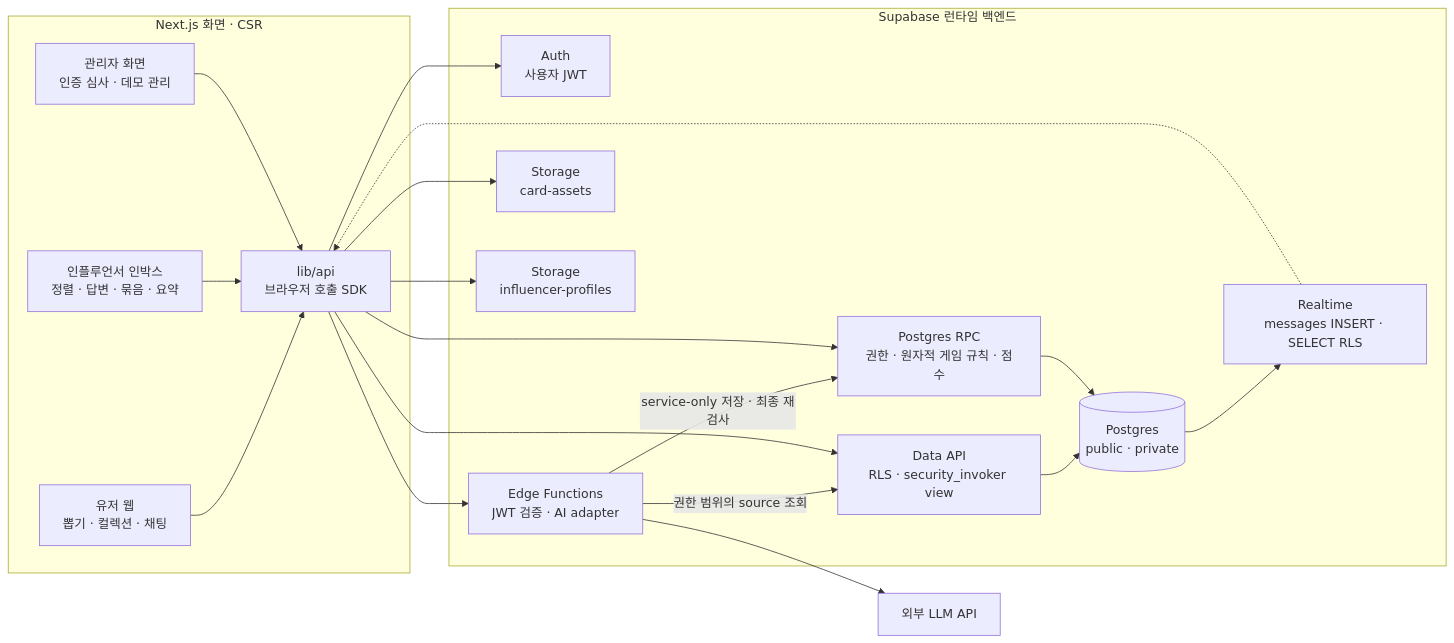
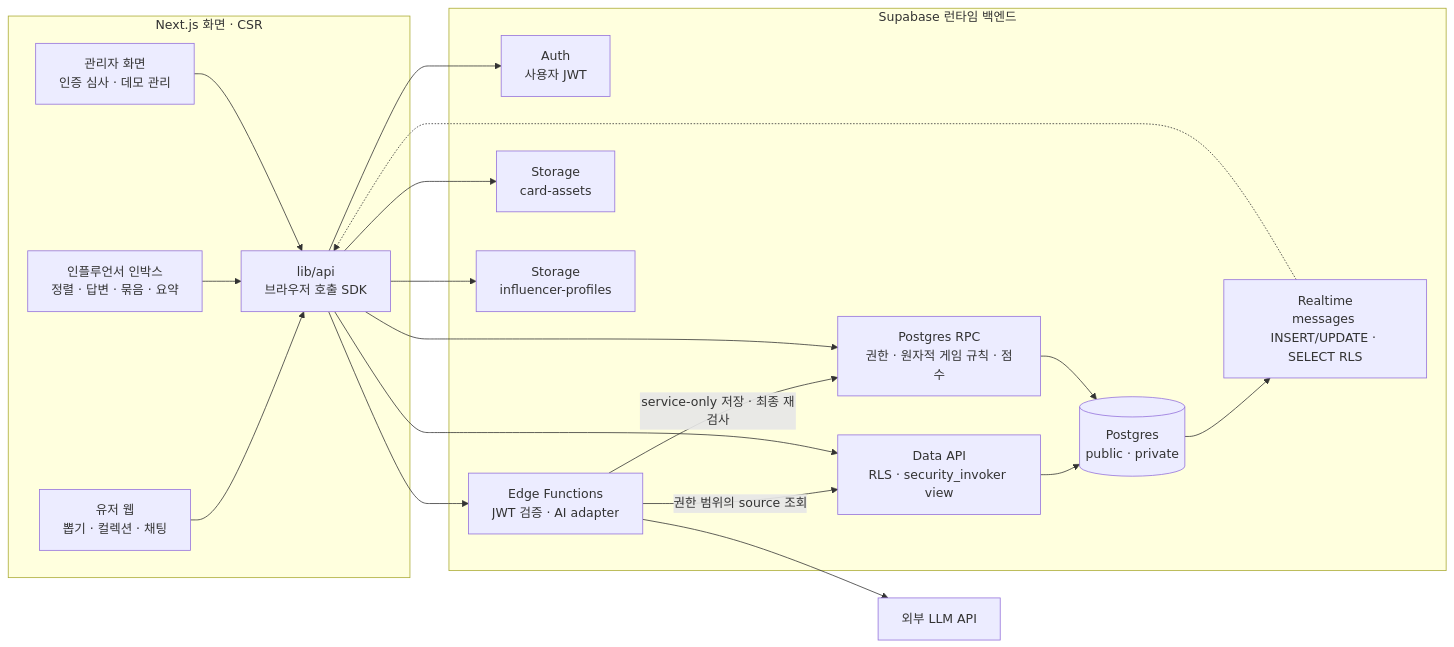
Before and after one commit to moonankim/BirdieBuddy: the diagram in docs/architecture.md, drawn with Mermaid. The commit also changed other lines of this file and 1 other file, not shown here.

````diff
--- a/docs/architecture.md
+++ b/docs/architecture.md
@@ -15,36 +15,36 @@
 ```mermaid
 flowchart LR
   subgraph Client["Next.js 화면 · CSR"]
     U["유저 웹<br/>뽑기 · 컬렉션 · 채팅"]
     I["인플루언서 인박스<br/>정렬 · 답변 · 묶음 · 요약"]
     A["관리자 화면<br/>인증 심사 · 데모 관리"]
     SDK["lib/api<br/>브라우저 호출 SDK"]
     U --> SDK
     I --> SDK
     A --> SDK
   end
   subgraph Supabase["Supabase 런타임 백엔드"]
     AUTH["Auth<br/>사용자 JWT"]
     DATA["Data API<br/>RLS · security_invoker view"]
     RPC["Postgres RPC<br/>권한 · 원자적 게임 규칙 · 점수"]
     EDGE["Edge Functions<br/>JWT 검증 · AI adapter"]
     DB[("Postgres<br/>public · private")]
-    RT["Realtime<br/>messages INSERT · SELECT RLS"]
+    RT["Realtime<br/>messages INSERT/UPDATE · SELECT RLS"]
     ST["Storage<br/>card-assets"]
     PROFILE_ST["Storage<br/>influencer-profiles"]
     DATA --> DB
     RPC --> DB
     EDGE -->|"권한 범위의 source 조회"| DATA
     EDGE -->|"service-only 저장 · 최종 재검사"| RPC
     DB --> RT
   end
   LLM["외부 LLM API"]
   SDK --> AUTH
   SDK --> DATA
   SDK --> RPC
   SDK --> EDGE
   SDK --> ST
   SDK --> PROFILE_ST
   EDGE --> LLM
   RT -.-> SDK
 ```
````
